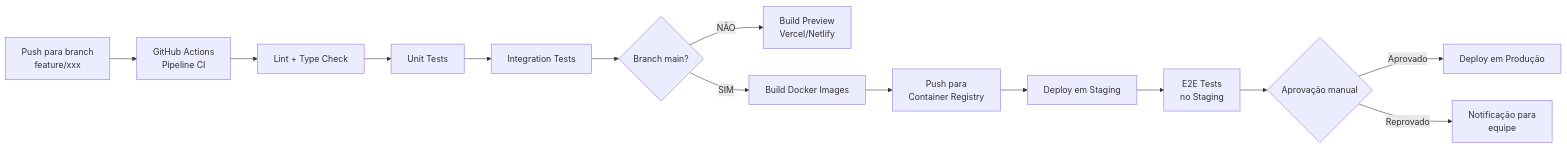
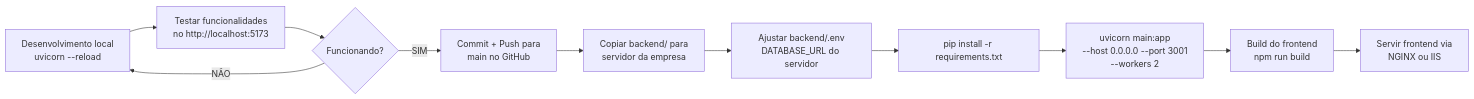
Before and after one commit to vinisoarescastro/cgid: the fourth of 4 diagrams in docs/06-arquitetura/03-diagramas.md, drawn with Mermaid. The commit also changed other lines of this file and 14 other files, not shown here.

Commit message:
chore: ampliar gitignore para ambiente local docs: expandir readme com setup e stack do projeto docs: migrar arquitetura e modelagem para FastAPI e SQL Server docs: revisar estratégias de performance e observabilidade da v1 docs: ajustar escopo, roadmap e referências do protótipo

````diff
--- a/docs/06-arquitetura/03-diagramas.md
+++ b/docs/06-arquitetura/03-diagramas.md
@@ -180,16 +150,13 @@
 ```mermaid
 flowchart LR
-    A[Push para branch\nfeature/xxx] --> B[GitHub Actions\nPipeline CI]
-    B --> C[Lint + Type Check]
-    C --> D[Unit Tests]
-    D --> E[Integration Tests]
-    E --> F{Branch main?}
-    F -->|NÃO| G[Build Preview\nVercel/Netlify]
-    F -->|SIM| H[Build Docker Images]
-    H --> I[Push para\nContainer Registry]
-    I --> J[Deploy em Staging]
-    J --> K[E2E Tests\nno Staging]
-    K --> L{Aprovação manual}
-    L -->|Aprovado| M[Deploy em Produção]
-    L -->|Reprovado| N[Notificação para\nequipe]
+    A[Desenvolvimento local\nuvicorn --reload] --> B[Testar funcionalidades\nno http://localhost:5173]
+    B --> C{Funcionando?}
+    C -->|NÃO| A
+    C -->|SIM| D[Commit + Push para\nmain no GitHub]
+    D --> E[Copiar backend/ para\nservidor da empresa]
+    E --> F[Ajustar backend/.env\nDATABASE_URL do servidor]
+    F --> G[pip install -r requirements.txt]
+    G --> H[uvicorn main:app\n--host 0.0.0.0 --port 3001\n--workers 2]
+    H --> I[Build do frontend\nnpm run build]
+    I --> J[Servir frontend via\nNGINX ou IIS]
 ```
````
